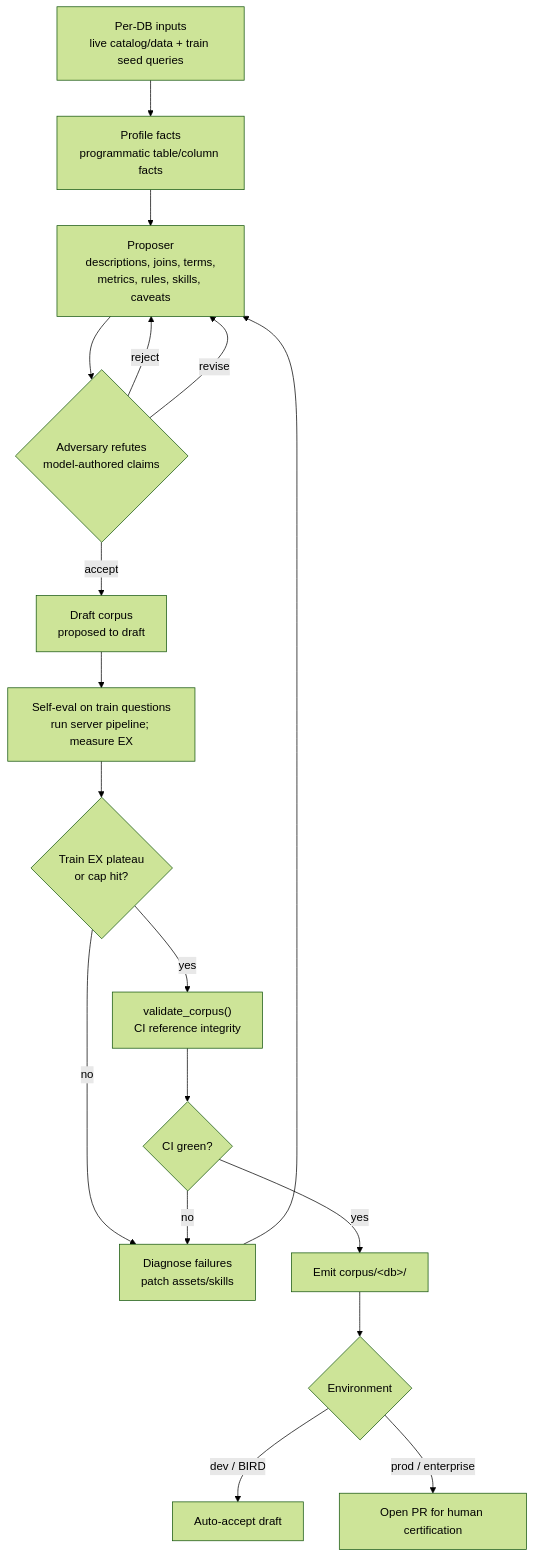
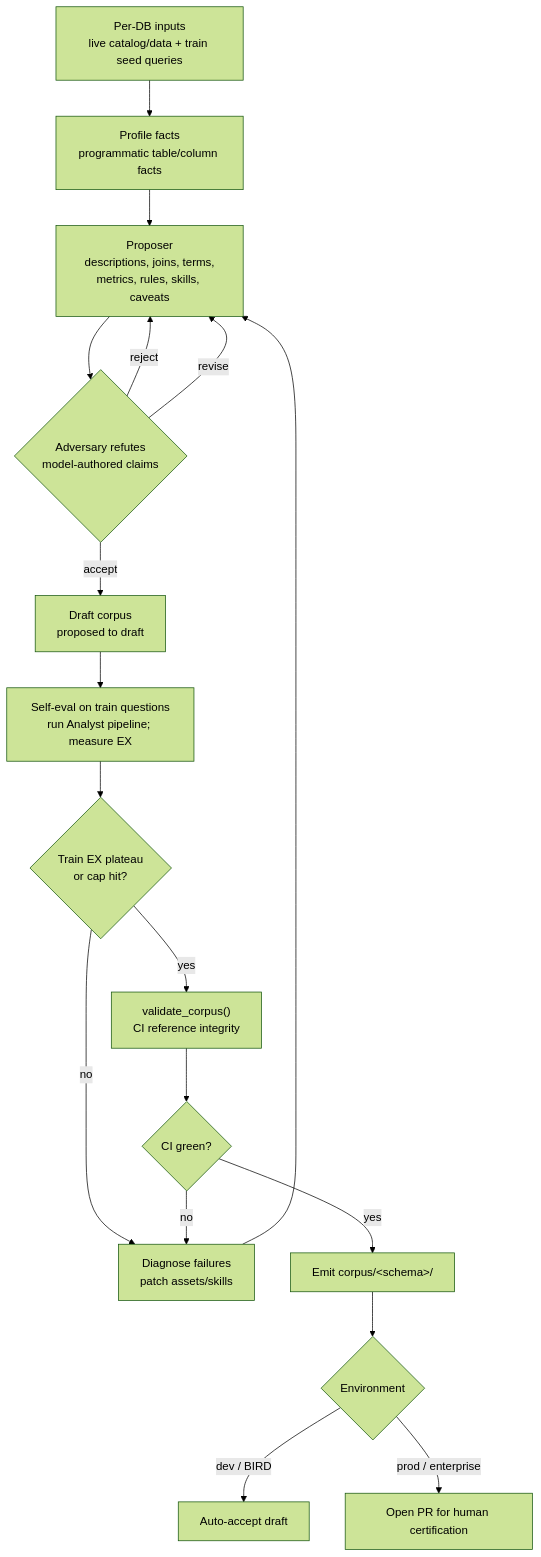
Before and after one commit to Minhao-Zhang/governed-bi: the diagram in docs/curator.md, drawn with Mermaid (forest theme). The commit also changed other lines of this file and 123 other files, not shown here.

````diff
--- a/docs/curator.md
+++ b/docs/curator.md
@@ -74,20 +74,20 @@
 ```mermaid
 flowchart TD
     Inputs["Per-DB inputs<br/>live catalog/data + train seed queries"] --> Profile["Profile facts<br/>programmatic table/column facts"]
     Profile --> Propose["Proposer<br/>descriptions, joins, terms,<br/>metrics, rules, skills, caveats"]
     Propose --> Adversary{"Adversary refutes<br/>model-authored claims"}
     Adversary -->|reject| Propose
     Adversary -->|revise| Propose
     Adversary -->|accept| Draft["Draft corpus<br/>proposed to draft"]
-    Draft --> SelfEval["Self-eval on train questions<br/>run server pipeline; measure EX"]
+    Draft --> SelfEval["Self-eval on train questions<br/>run Analyst pipeline; measure EX"]
     SelfEval --> Plateau{"Train EX plateau<br/>or cap hit?"}
     Plateau -->|no| Diagnose["Diagnose failures<br/>patch assets/skills"]
     Diagnose --> Propose
     Plateau -->|yes| Validate["validate_corpus()<br/>CI reference integrity"]
     Validate --> Green{"CI green?"}
     Green -->|no| Diagnose
-    Green -->|yes| Emit["Emit corpus/&lt;db&gt;/"]
+    Green -->|yes| Emit["Emit corpus/&lt;schema&gt;/"]
     Emit --> Mode{"Environment"}
     Mode -->|dev / BIRD| AutoAccept["Auto-accept draft"]
     Mode -->|prod / enterprise| PullRequest["Open PR for human certification"]
 ```
````
